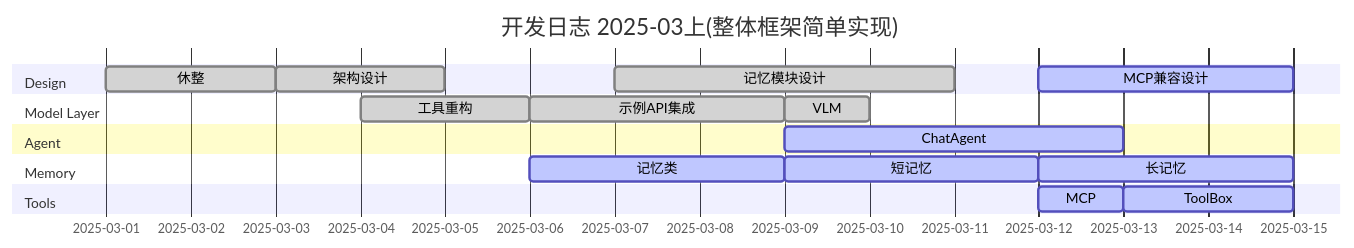
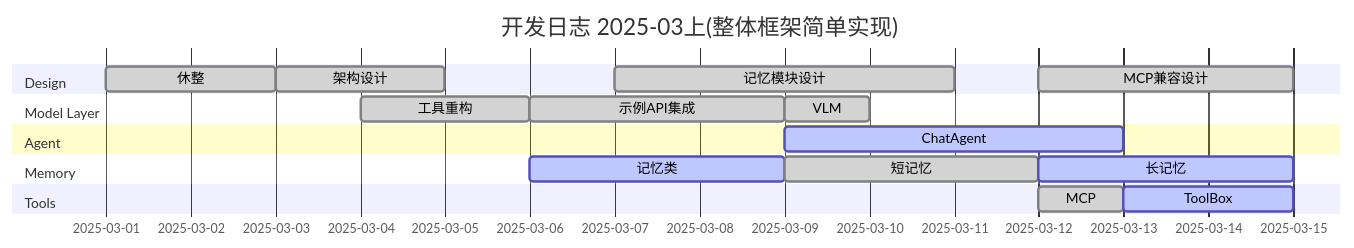
The first of 2 diagrams in addons/AIdot/.Asset/Develop_log.md (SleeeepyZhou/AIdot), drawn with Mermaid before and after one commit. The commit also changed other lines of this file, not shown here.

Commit message:
Update log

````diff
--- a/addons/AIdot/.Asset/Develop_log.md
+++ b/addons/AIdot/.Asset/Develop_log.md
@@ -27,29 +27,26 @@
 ```mermaid
 ---
 displayMode: compact
 ---
 gantt
 	title 开发日志 2025-03上(整体框架简单实现)
 	dateFormat  YYYY-MM-DD
 	section Design
 		休整 :done, 2025-03-01, 2d
 		架构设计 :done, 2025-03-03, 2d
 		记忆模块设计 :done, 2025-03-07, 4d
-		MCP兼容设计 :active, 2025-03-12, 3d
+		MCP兼容设计 :done, 2025-03-12, 3d
 	section Model Layer
 		工具重构 :done, 2025-03-04, 2d
 		示例API集成 :done, 2025-03-06, 3d
 		VLM :done, 2025-03-09, 1d
 	section Agent
 		ChatAgent :active, 2025-03-09, 4d
 	section Memory
 		记忆类 :active, 2025-03-06, 3d
-		短记忆 :active, 2025-03-09, 3d
+		短记忆 :done, 2025-03-09, 3d
 		长记忆 :active, 2025-03-12, 3d
-	section Action
-	section Perception
-	section Planning
 	section Tools
-		MCP :active, 2025-03-12, 1d
+		MCP :done, 2025-03-12, 1d
 		ToolBox :active, 2025-03-13, 2d
 ```
````
